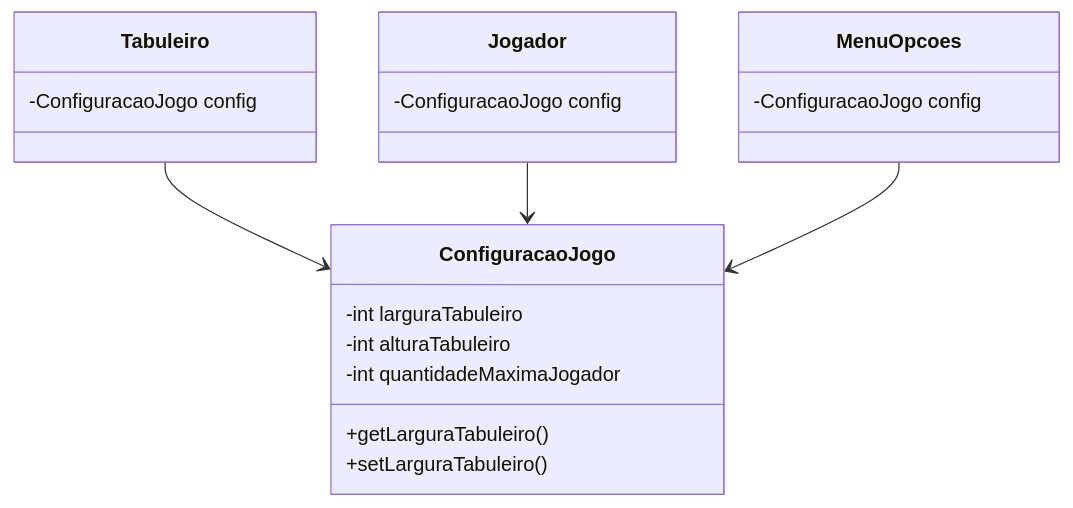
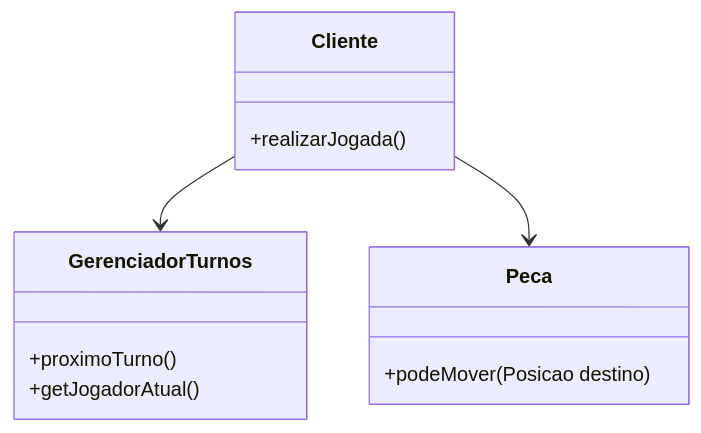
One commit to 20242-ifba-saj-ads-ppr/framework-equipe4 changed the third of 6 diagrams in README.md. Above: the diagram before and after it, drawn with Mermaid. The commit also changed other lines of this file and 3 other files, not shown here.

````diff
--- a/README.md
+++ b/README.md
@@ -166,26 +175,18 @@
 ```mermaid
 classDiagram
-    class ConfiguracaoJogo {
-        -int larguraTabuleiro
-        -int alturaTabuleiro
-        -int quantidadeMaximaJogador
-        +getLarguraTabuleiro()
-        +setLarguraTabuleiro()
+    class Cliente {
+        +realizarJogada()
     }
 
-    class Tabuleiro {
-        -ConfiguracaoJogo config
+    class GerenciadorTurnos {
+        +proximoTurno()
+        +getJogadorAtual()
     }
 
-    class Jogador {
-        -ConfiguracaoJogo config
+    class Peca {
+        +podeMover(Posicao destino)
     }
 
-    class MenuOpcoes {
-        -ConfiguracaoJogo config
-    }
-
-    Tabuleiro --> ConfiguracaoJogo
-    Jogador --> ConfiguracaoJogo
-    MenuOpcoes --> ConfiguracaoJogo
+    Cliente --> GerenciadorTurnos
+    Cliente --> Peca
 ```
````
